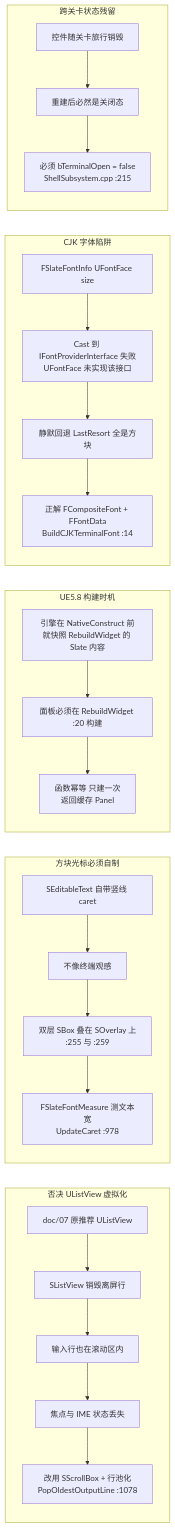
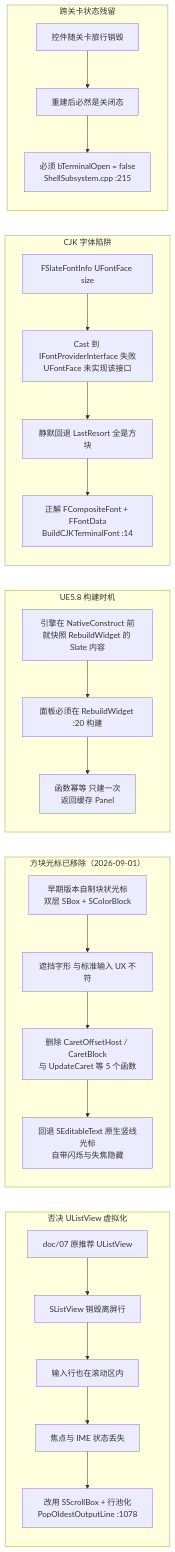
The fourth of 4 diagrams in docs/终端UI架构图_mermaid.md (youli42/UE_Shell_Project), drawn with Mermaid before and after one commit. The commit also changed other lines of this file and 2 other files, not shown here.

````diff
--- a/docs/终端UI架构图_mermaid.md
+++ b/docs/终端UI架构图_mermaid.md
@@ -164,31 +158,31 @@
 ```mermaid
 flowchart LR
     subgraph D1["否决 UListView 虚拟化"]
         A1["doc/07 原推荐 UListView"] --> A2["SListView 销毁离屏行"]
         A2 --> A3["输入行也在滚动区内"]
         A3 --> A4["焦点与 IME 状态丢失"]
         A4 --> A5["改用 SScrollBox + 行池化<br/>PopOldestOutputLine :1078"]
     end
 
-    subgraph D2["方块光标必须自制"]
-        B1["SEditableText 自带竖线 caret"] --> B2["不像终端观感"]
-        B2 --> B3["双层 SBox 叠在 SOverlay 上<br/>:255 与 :259"]
-        B3 --> B4["FSlateFontMeasure 测文本宽<br/>UpdateCaret :978"]
+    subgraph D2["方块光标已移除（2026-09-01）"]
+        B1["早期版本自制块状光标<br/>双层 SBox + SColorBlock"] --> B2["遮挡字形 与标准输入 UX 不符"]
+        B2 --> B3["删除 CaretOffsetHost / CaretBlock<br/>与 UpdateCaret 等 5 个函数"]
+        B3 --> B4["回退 SEditableText 原生竖线光标<br/>自带闪烁与失焦隐藏"]
     end
 
     subgraph D3["UE5.8 构建时机"]
         C1["引擎在 NativeConstruct 前<br/>就快照 RebuildWidget 的 Slate 内容"] --> C2["面板必须在 RebuildWidget :20 构建"]
         C2 --> C3["函数幂等 只建一次<br/>返回缓存 Panel"]
     end
 
     subgraph D4["CJK 字体陷阱"]
         E1["FSlateFontInfo UFontFace size"] --> E2["Cast 到 IFontProviderInterface 失败<br/>UFontFace 未实现该接口"]
         E2 --> E3["静默回退 LastResort 全是方块"]
         E3 --> E4["正解 FCompositeFont + FFontData<br/>BuildCJKTerminalFont :14"]
     end
 
     subgraph D5["跨关卡状态残留"]
         F1["控件随关卡旅行销毁"] --> F2["重建后必然是关闭态"]
         F2 --> F3["必须 bTerminalOpen = false<br/>ShellSubsystem.cpp :215"]
     end
 ```
````
